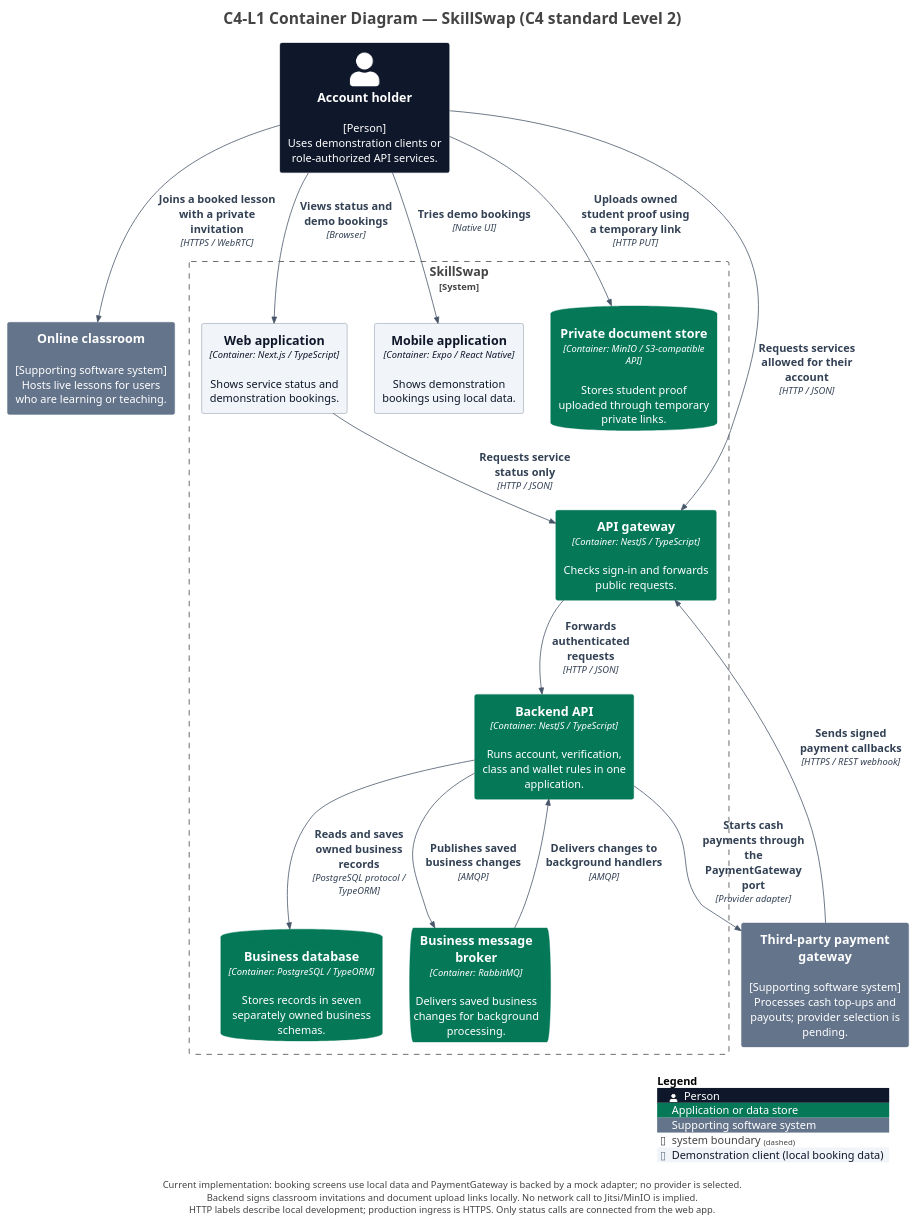
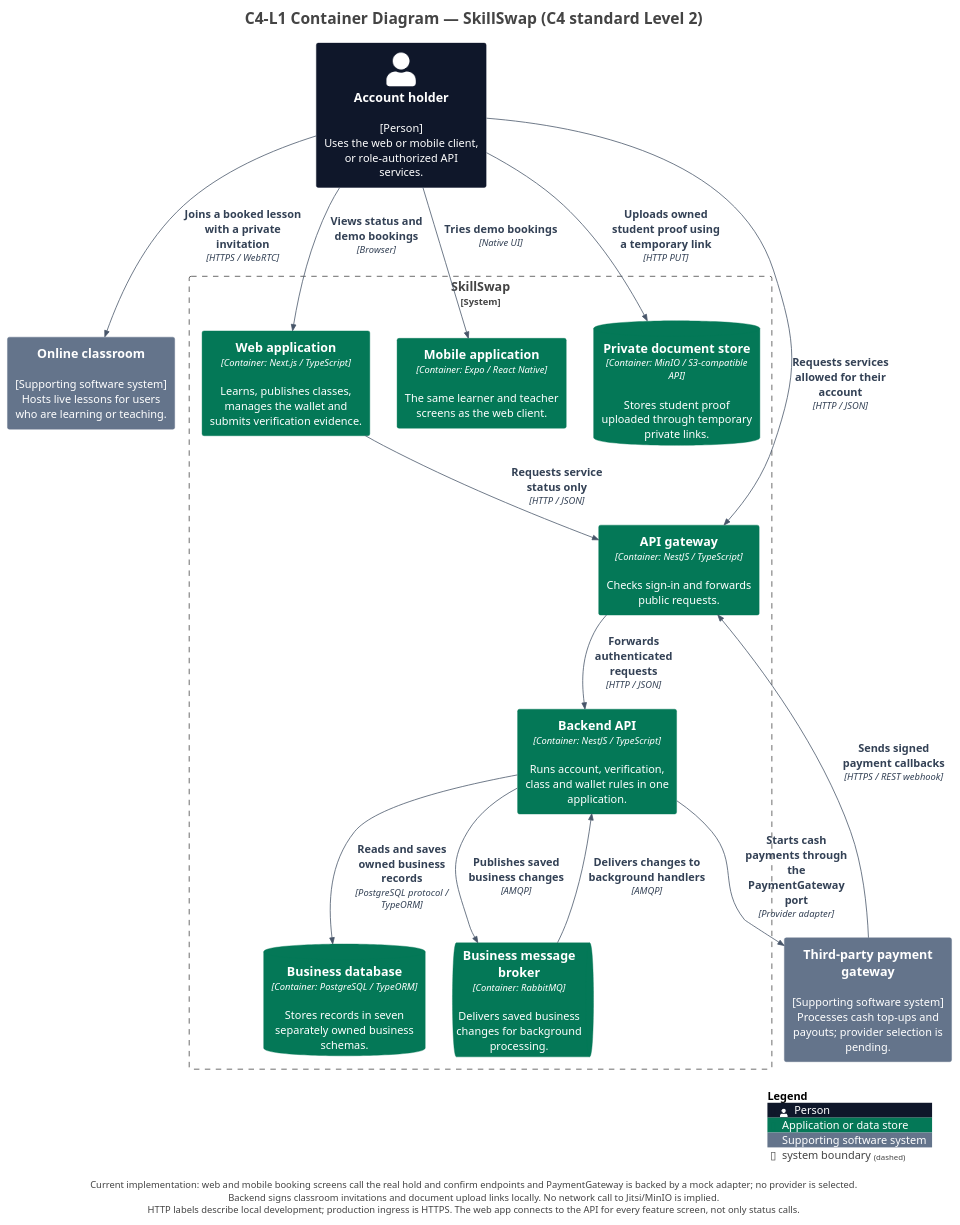
The diagram in docs/diagrams/c4/source/structurizr-Containers.puml (trankien022/SkillSwap), drawn with PlantUML before and after one commit. The commit also changed 4 other files, not shown here.

First line of the commit message:
docs(diagrams): correct the client booking and container claims

```diff
--- a/docs/diagrams/c4/source/structurizr-Containers.puml
+++ b/docs/diagrams/c4/source/structurizr-Containers.puml
@@ -1,67 +1,67 @@
 @startuml
 title C4-L1 Container Diagram — SkillSwap (C4 standard Level 2)
 
 set separator none
 top to bottom direction
 
 <style>
   root {
     BackgroundColor: #ffffff
     FontColor: #444444
   }
 </style>
 
 !include <C4/C4>
 !include <C4/C4_Context>
 !include <C4/C4_Container>
 
 ' Presentation only: model elements and relationships come from workspace.dsl.
 skinparam defaultFontName Arial
 skinparam defaultFontSize 14
 skinparam shadowing false
 skinparam nodesep 35
 skinparam ranksep 45
 skinparam footerFontSize 12
 skinparam titleFontSize 20
 UpdateElementStyle("person", $bgColor="#0F172A", $fontColor="#FFFFFF", $borderColor="#0F172A", $legendText="Person")
 UpdateElementStyle("system", $bgColor="#047857", $fontColor="#FFFFFF", $borderColor="#047857", $legendText="Software system in scope")
 UpdateElementStyle("external_system", $bgColor="#64748B", $fontColor="#FFFFFF", $borderColor="#64748B", $legendText="Supporting software system")
 UpdateElementStyle("container", $bgColor="#047857", $fontColor="#FFFFFF", $borderColor="#047857", $legendText="Application or data store")
 UpdateRelStyle($lineColor="#475569", $textColor="#334155")
 AddElementTag("Demo", $bgColor="#F1F5F9", $fontColor="#0F172A", $borderColor="#64748B", $legendText="Demonstration client (local booking data)")
 
-Person(AccountHolder, "Account holder", $descr="[Person]\nUses demonstration clients or role-authorized API services.", $tags="", $link="")
+Person(AccountHolder, "Account holder", $descr="[Person]\nUses the web or mobile client, or role-authorized API services.", $tags="", $link="")
 System_Ext(Onlineclassroom, "Online classroom", $descr="[Supporting software system]\nHosts live lessons for users who are learning or teaching.", $tags="", $link="")
 System_Ext(Paymentgateway, "Third-party payment gateway", $descr="[Supporting software system]\nProcesses cash top-ups and payouts; provider selection is pending.", $tags="", $link="")
 
 System_Boundary("SkillSwap_boundary", "SkillSwap", $tags="") {
   Container(SkillSwap.APIgateway, "API gateway", $techn="Container: NestJS / TypeScript", $descr="Checks sign-in and forwards public requests.", $tags="", $link="")
   Container(SkillSwap.BackendAPI, "Backend API", $techn="Container: NestJS / TypeScript", $descr="Runs account, verification, class and wallet rules in one application.", $tags="", $link="")
   ContainerDb(SkillSwap.Businessdatabase, "Business database", $techn="Container: PostgreSQL / TypeORM", $descr="Stores records in seven separately owned business schemas.", $tags="", $link="")
   ContainerQueue(SkillSwap.Businessmessagebroker, "Business message broker", $techn="Container: RabbitMQ", $descr="Delivers saved business changes for background processing.", $tags="", $link="")
   ContainerDb(SkillSwap.Privatedocumentstore, "Private document store", $techn="Container: MinIO / S3-compatible API", $descr="Stores student proof uploaded through temporary private links.", $tags="", $link="")
-  Container(SkillSwap.Webapplication, "Web application", $techn="Container: Next.js / TypeScript", $descr="Shows service status and demonstration bookings.", $tags="Demo", $link="")
-  Container(SkillSwap.Mobileapplication, "Mobile application", $techn="Container: Expo / React Native", $descr="Shows demonstration bookings using local data.", $tags="Demo", $link="")
+  Container(SkillSwap.Webapplication, "Web application", $techn="Container: Next.js / TypeScript", $descr="Learns, publishes classes, manages the wallet and submits verification evidence.", $tags="", $link="")
+  Container(SkillSwap.Mobileapplication, "Mobile application", $techn="Container: Expo / React Native", $descr="The same learner and teacher screens as the web client.", $tags="", $link="")
 }
 
 Rel(AccountHolder, SkillSwap.Webapplication, "Views status and demo bookings", $techn="Browser", $tags="", $link="")
 Rel(AccountHolder, SkillSwap.Mobileapplication, "Tries demo bookings", $techn="Native UI", $tags="", $link="")
 Rel(AccountHolder, SkillSwap.APIgateway, "Requests services allowed for their account", $techn="HTTP / JSON", $tags="", $link="")
 Rel(AccountHolder, SkillSwap.Privatedocumentstore, "Uploads owned student proof using a temporary link", $techn="HTTP PUT", $tags="", $link="")
 Rel(AccountHolder, Onlineclassroom, "Joins a booked lesson with a private invitation", $techn="HTTPS / WebRTC", $tags="", $link="")
 Rel(SkillSwap.Webapplication, SkillSwap.APIgateway, "Requests service status only", $techn="HTTP / JSON", $tags="", $link="")
 Rel(SkillSwap.APIgateway, SkillSwap.BackendAPI, "Forwards authenticated requests", $techn="HTTP / JSON", $tags="", $link="")
 Rel(SkillSwap.BackendAPI, SkillSwap.Businessdatabase, "Reads and saves owned business records", $techn="PostgreSQL protocol / TypeORM", $tags="", $link="")
 Rel(SkillSwap.BackendAPI, SkillSwap.Businessmessagebroker, "Publishes saved business changes", $techn="AMQP", $tags="", $link="")
 Rel(SkillSwap.Businessmessagebroker, SkillSwap.BackendAPI, "Delivers changes to background handlers", $techn="AMQP", $tags="", $link="")
 Rel(SkillSwap.BackendAPI, Paymentgateway, "Starts cash payments through the PaymentGateway port", $techn="Provider adapter", $tags="", $link="")
 Rel(Paymentgateway, SkillSwap.APIgateway, "Sends signed payment callbacks", $techn="HTTPS / REST webhook", $tags="", $link="")
 
 Lay_R(AccountHolder, Onlineclassroom)
 Lay_R(SkillSwap.Webapplication, SkillSwap.Mobileapplication)
 Lay_D(SkillSwap.APIgateway, SkillSwap.BackendAPI)
 Lay_R(SkillSwap.Businessdatabase, SkillSwap.Businessmessagebroker)
 Lay_R(SkillSwap.Privatedocumentstore, Onlineclassroom)
 SHOW_LEGEND()
-footer Current implementation: booking screens use local data and PaymentGateway is backed by a mock adapter; no provider is selected.\nBackend signs classroom invitations and document upload links locally. No network call to Jitsi/MinIO is implied.\nHTTP labels describe local development; production ingress is HTTPS. Only status calls are connected from the web app.
+footer Current implementation: web and mobile booking screens call the real hold and confirm endpoints and PaymentGateway is backed by a mock adapter; no provider is selected.\nBackend signs classroom invitations and document upload links locally. No network call to Jitsi/MinIO is implied.\nHTTP labels describe local development; production ingress is HTTPS. The web app connects to the API for every feature screen, not only status calls.
 @enduml
```
